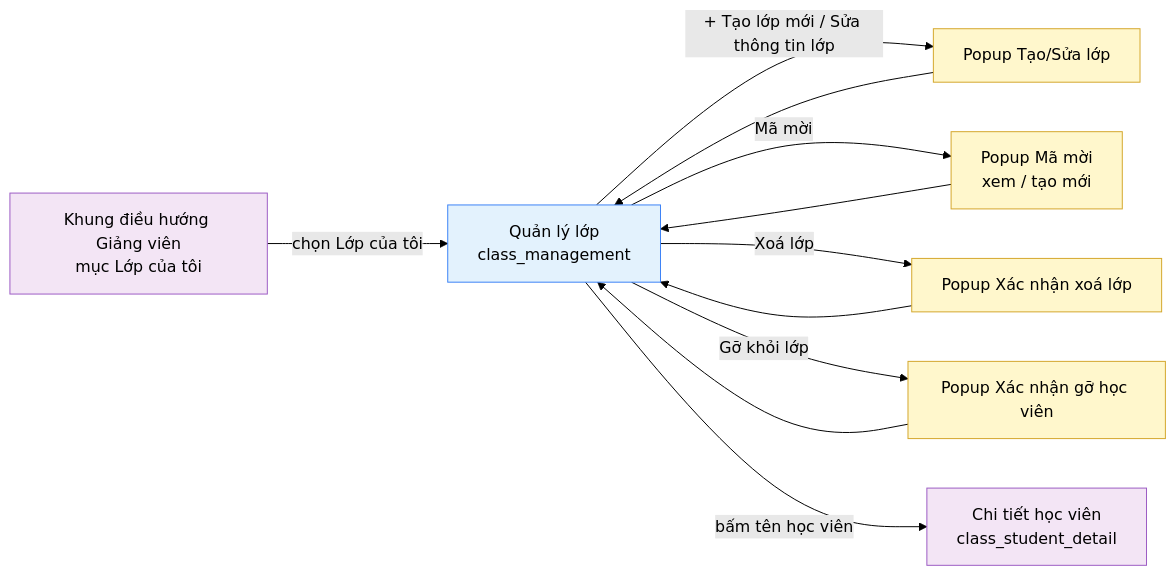
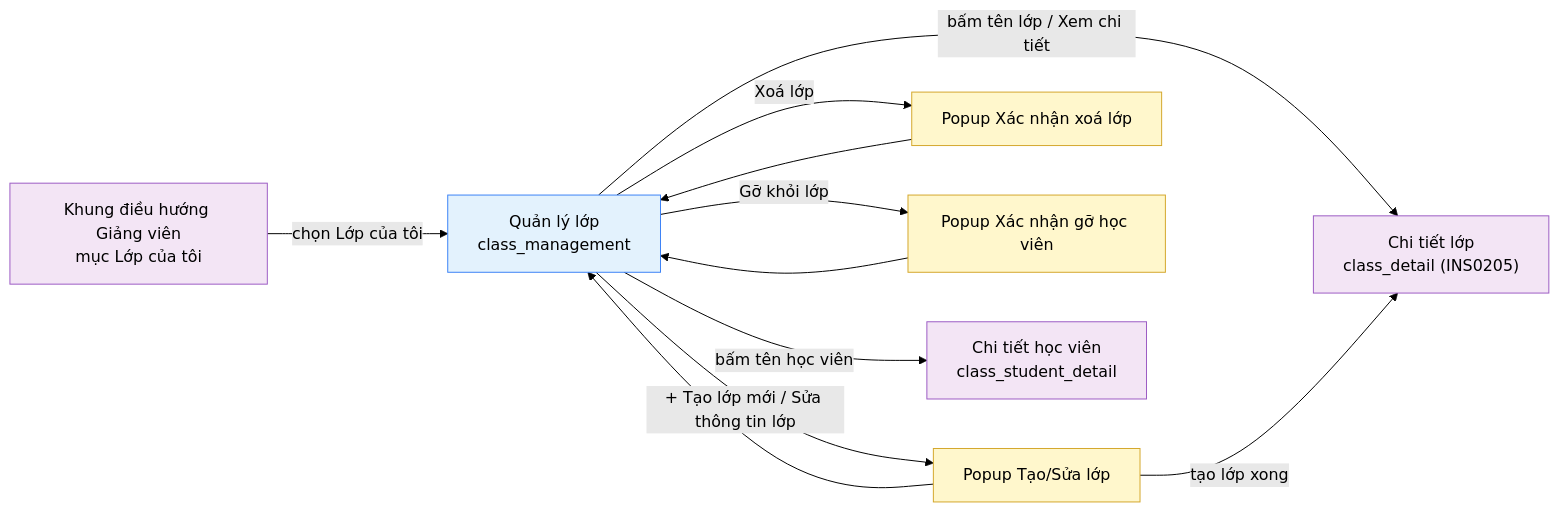
The diagram in 02-bd/screens/teacher/INS0201_class_management.md (daiphu1801/PRJ_ALGOPREP), drawn with Mermaid (forest theme) before and after one commit. The commit also changed other lines of this file and 458 other files, not shown here.

````diff
--- a/02-bd/screens/teacher/INS0201_class_management.md
+++ b/02-bd/screens/teacher/INS0201_class_management.md
@@ -167,21 +191,21 @@
 ```mermaid
 flowchart LR
     nav["Khung điều hướng Giảng viên<br/>mục Lớp của tôi"] -->|"chọn Lớp của tôi"| main["Quản lý lớp<br/>class_management"]
     main -->|"+ Tạo lớp mới / Sửa thông tin lớp"| form["Popup Tạo/Sửa lớp"]
-    main -->|"Mã mời"| invite["Popup Mã mời<br/>xem / tạo mới"]
+    main -->|"bấm tên lớp / Xem chi tiết"| cdetail["Chi tiết lớp<br/>class_detail (INS0205)"]
+    form -->|"tạo lớp xong"| cdetail
     main -->|"Xoá lớp"| delcls["Popup Xác nhận xoá lớp"]
     main -->|"Gỡ khỏi lớp"| delstu["Popup Xác nhận gỡ học viên"]
     form --> main
-    invite --> main
     delcls --> main
     delstu --> main
     main -->|"bấm tên học viên"| detail["Chi tiết học viên<br/>class_student_detail"]
 
     classDef source fill:#F3E5F5,stroke:#9C5CC4,color:#000
     classDef screen fill:#E3F2FD,stroke:#3B82F6,color:#000
     classDef popup fill:#FFF7CC,stroke:#D4A72C,color:#000
 
-    class nav,detail source
+    class nav,detail,cdetail source
     class main screen
-    class form,invite,delcls,delstu popup
+    class form,delcls,delstu popup
 ```
````
